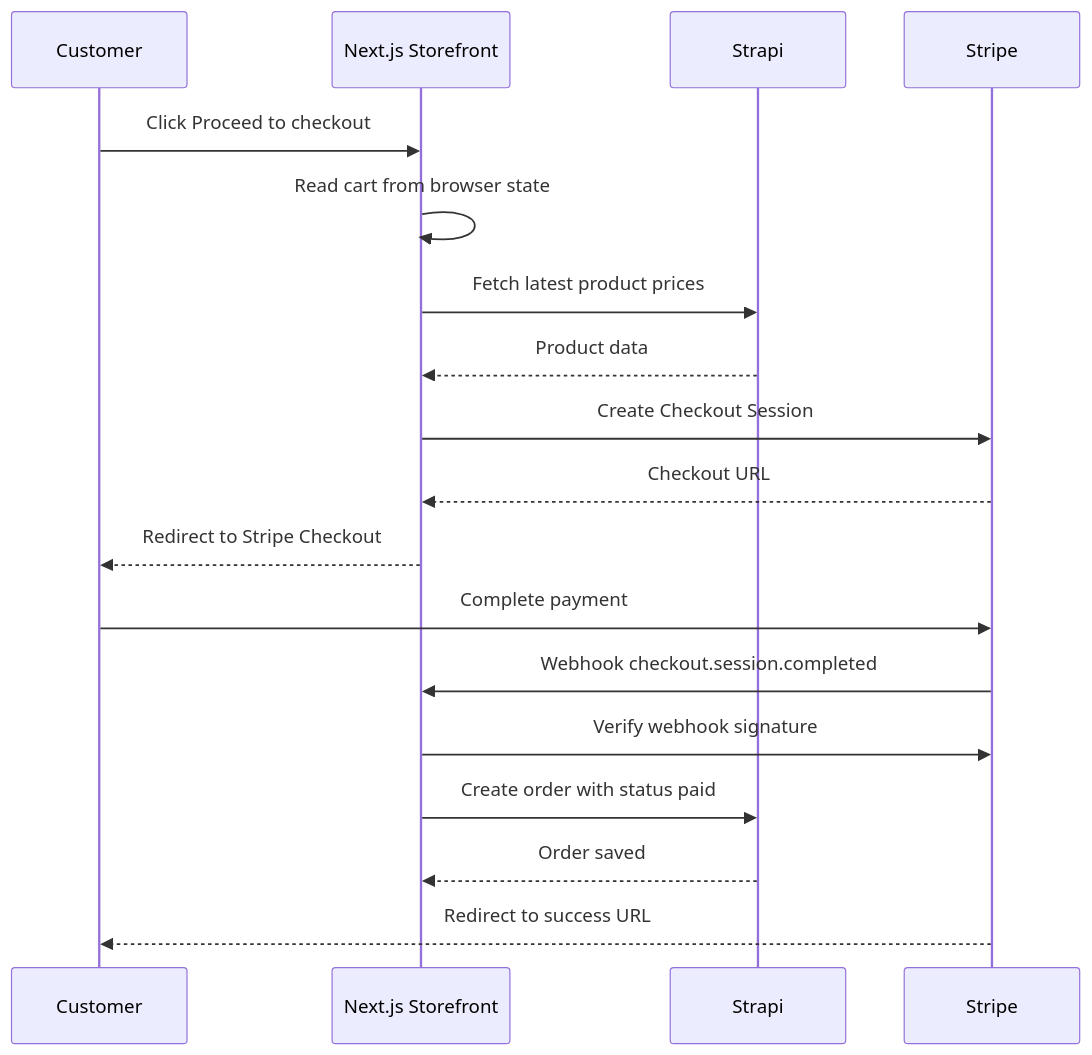
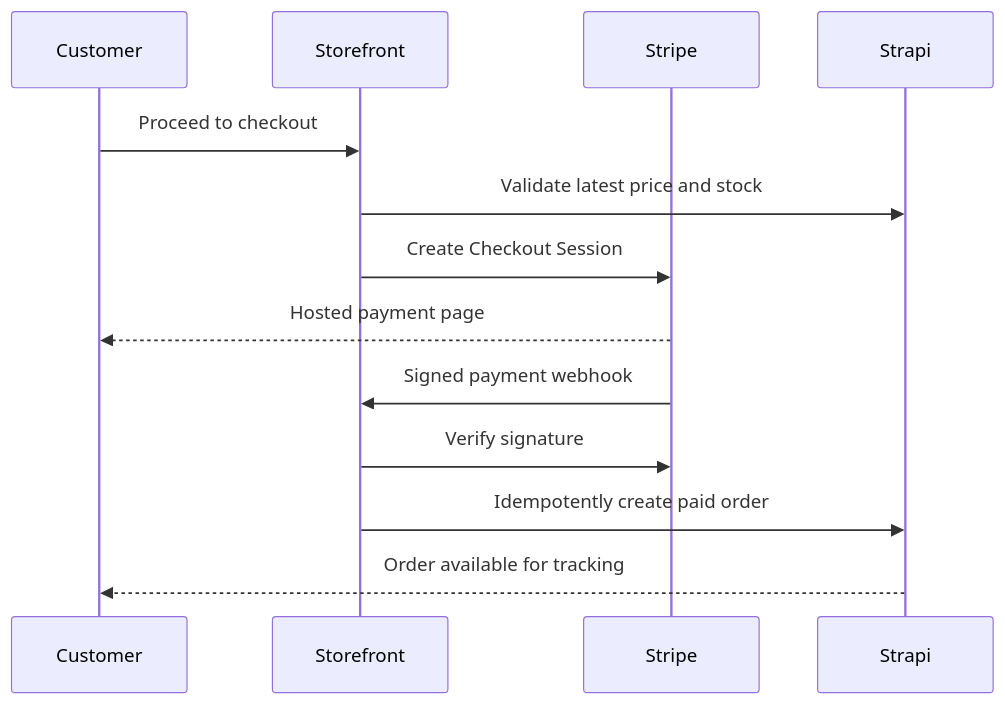
One commit to cdesqus/jmr-cms changed the ninth of 9 diagrams in Jamora/BUSINESS_FLOW.md. Above: the diagram before and after it, drawn with Mermaid. The commit also changed other lines of this file, not shown here.

````diff
--- a/Jamora/BUSINESS_FLOW.md
+++ b/Jamora/BUSINESS_FLOW.md
@@ -131,21 +304,16 @@
 ```mermaid
 sequenceDiagram
     participant Customer
-    participant Storefront as Next.js Storefront
+    participant Storefront
+    participant Stripe
     participant Strapi
-    participant Stripe
 
-    Customer->>Storefront: Click Proceed to checkout
-    Storefront->>Storefront: Read cart from browser state
-    Storefront->>Strapi: Fetch latest product prices
-    Strapi-->>Storefront: Product data
+    Customer->>Storefront: Proceed to checkout
+    Storefront->>Strapi: Validate latest price and stock
     Storefront->>Stripe: Create Checkout Session
-    Stripe-->>Storefront: Checkout URL
-    Storefront-->>Customer: Redirect to Stripe Checkout
-    Customer->>Stripe: Complete payment
-    Stripe->>Storefront: Webhook checkout.session.completed
-    Storefront->>Stripe: Verify webhook signature
-    Storefront->>Strapi: Create order with status paid
-    Strapi-->>Storefront: Order saved
-    Stripe-->>Customer: Redirect to success URL
+    Stripe-->>Customer: Hosted payment page
+    Stripe->>Storefront: Signed payment webhook
+    Storefront->>Stripe: Verify signature
+    Storefront->>Strapi: Idempotently create paid order
+    Strapi-->>Customer: Order available for tracking
 ```
````
